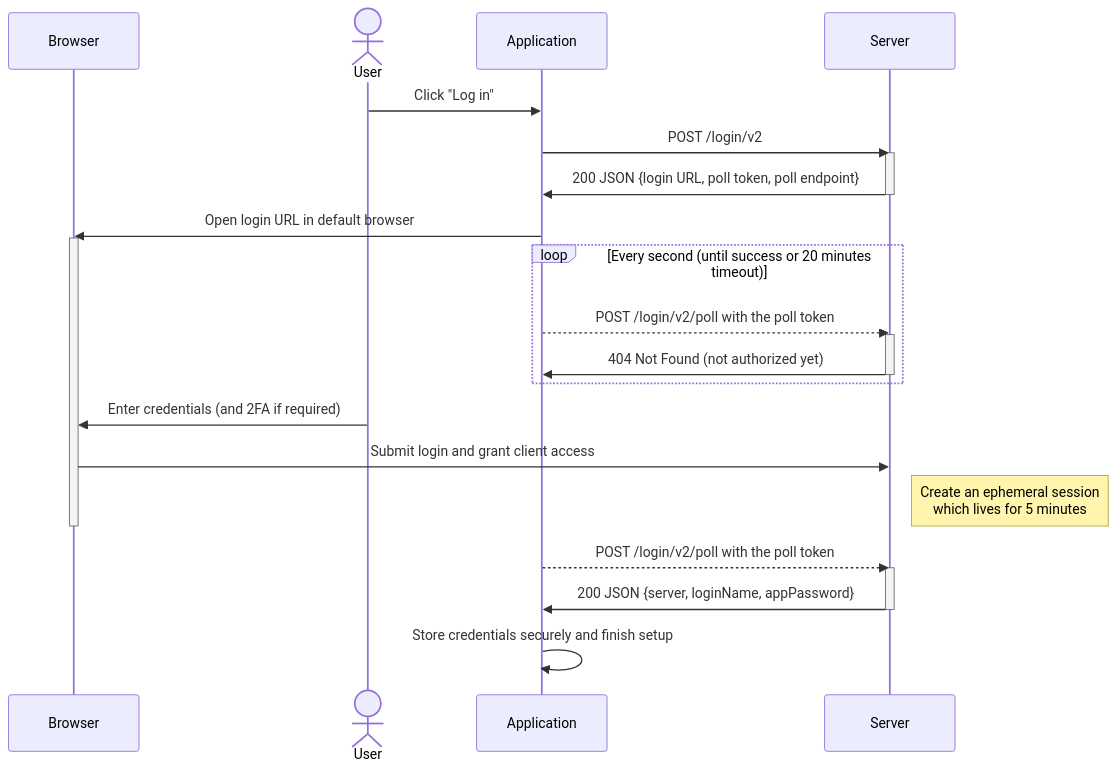
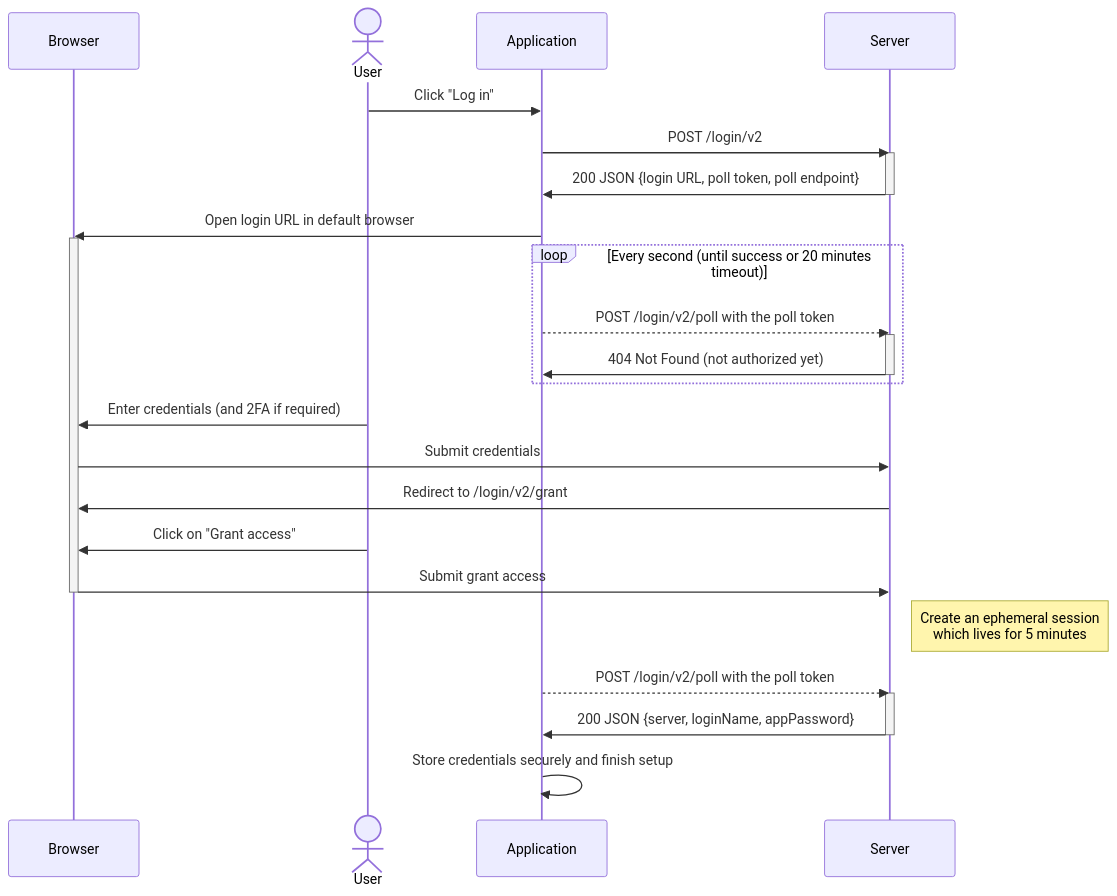
The diagram in developer_manual/client_apis/LoginFlow/index.rst (nextcloud/documentation), drawn with Mermaid before and after one commit.

Commit message:
feat: Add grant step to login flow v2 diagram

```diff
--- a/developer_manual/client_apis/LoginFlow/index.rst
+++ b/developer_manual/client_apis/LoginFlow/index.rst
@@ -164,37 +164,40 @@
 .. mermaid::
 
         sequenceDiagram
                 participant Browser
                 actor User
                 participant Application
                 participant Server
 
                 User->>Application: Click "Log in"
 
                 Application->>Server: POST /login/v2
                 activate Server
                 Server->>Application: 200 JSON {login URL, poll token, poll endpoint}
                 deactivate Server
 
                 Application->>Browser: Open login URL in default browser
                 activate Browser
 
                 loop Every second (until success or 20 minutes timeout)
                         Application-->>Server: POST /login/v2/poll with the poll token
                         activate Server
                         Server->>Application: 404 Not Found (not authorized yet)
                         deactivate Server
                 end
 
                 User->>Browser: Enter credentials (and 2FA if required)
-                Browser->>Server: Submit login and grant client access
+                Browser->>Server: Submit credentials
+                Server->>Browser: Redirect to /login/v2/grant
+                User->>Browser: Click on "Grant access"
+                Browser->>Server: Submit grant access
+                deactivate Browser
 
                 Note right of Server: Create an ephemeral session <br/>which lives for 5 minutes
 
-                deactivate Browser
                 Application-->>Server: POST /login/v2/poll with the poll token
                 activate Server
                 Server->>Application: 200 JSON {server, loginName, appPassword}
                 deactivate Server
 
                 Application->>Application: Store credentials securely and finish setup
```
